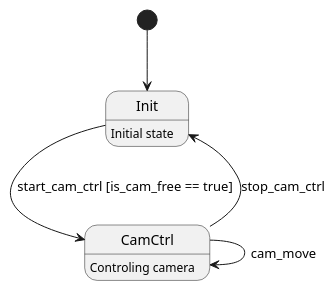
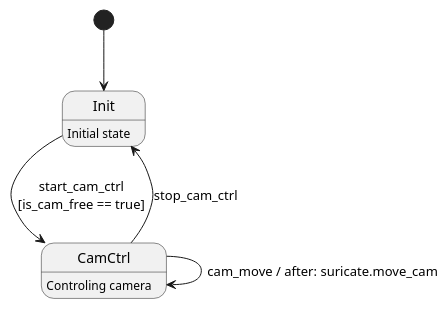
The diagram in doc/state_cam_controller.puml (dkleinbe/suricatewatcher_server), drawn with PlantUML before and after one commit. The commit also changed 3 other files, not shown here.

```diff
--- a/doc/state_cam_controller.puml
+++ b/doc/state_cam_controller.puml
@@ -1,12 +1,12 @@
 @startuml "cam controller state"
 
 
 [*] --> Init
 Init : Initial state
 CamCtrl : Controling camera
-Init --> CamCtrl : start_cam_ctrl [is_cam_free == true]
-CamCtrl --> CamCtrl : cam_move
+Init --> CamCtrl : start_cam_ctrl\n[is_cam_free == true]
+CamCtrl --> CamCtrl : cam_move / after: suricate.move_cam
 CamCtrl --> Init : stop_cam_ctrl
 
 
 @enduml
```
